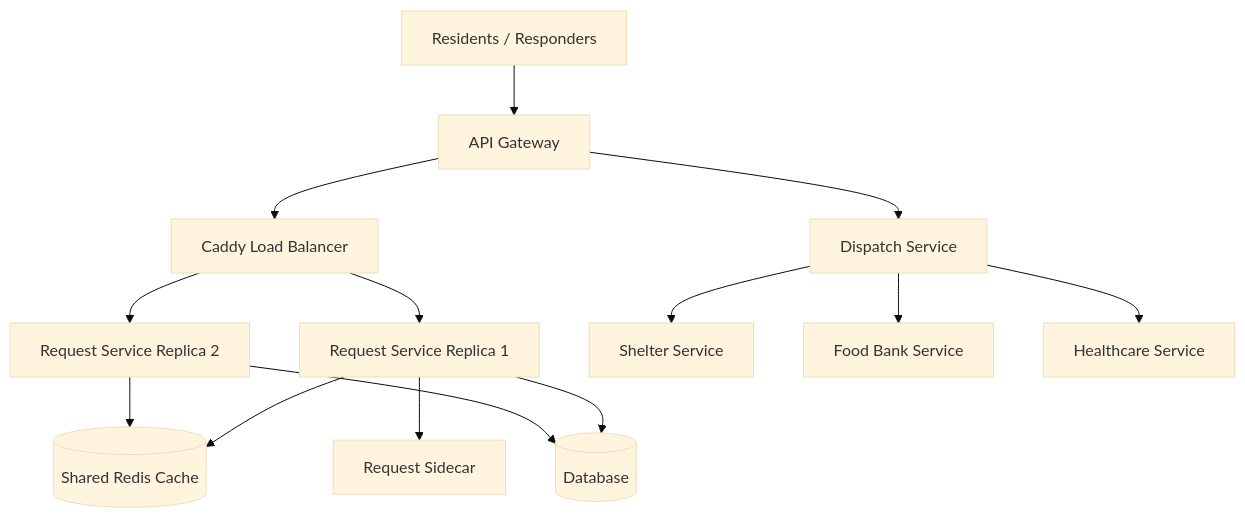
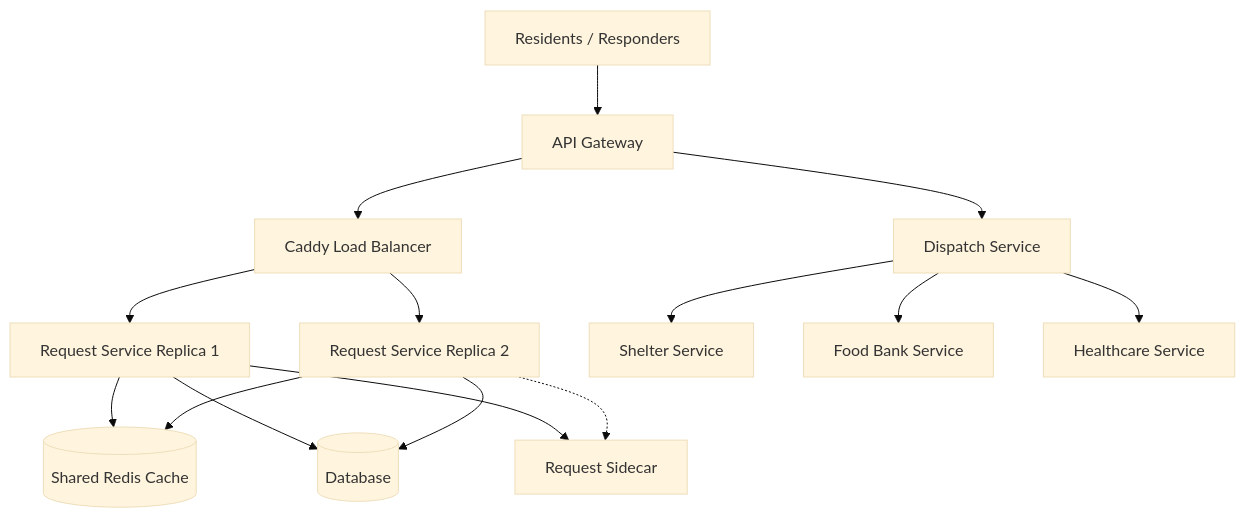
The second of 2 diagrams in docs/SERVICES.md (cs-426-team10/426-project-team-10), drawn with Mermaid (base theme) before and after one commit.

Commit message:
Tweaked association between request-sidecar and request service replica 2

````diff
--- a/docs/SERVICES.md
+++ b/docs/SERVICES.md
@@ -162,35 +162,36 @@
 ```mermaid
 flowchart TD
 
     Client[Residents / Responders]
 
     Client --> Gateway[API Gateway]
 
 
     Gateway --> Caddy[Caddy Load Balancer]
 
 
     Caddy --> Request1[Request Service Replica 1]
     Caddy --> Request2[Request Service Replica 2]
 
     Redis[(Shared Redis Cache)]
 
     Request1 --> Redis
     Request2 --> Redis
 
 
     Request1 --> Database[(Database)]
     Request2 --> Database
 
 
     Gateway --> Dispatch[Dispatch Service]
 
     Dispatch --> Shelter[Shelter Service]
 
     Dispatch --> FoodBank[Food Bank Service]
 
     Dispatch --> Healthcare[Healthcare Service]
 
 
     Request1 --> Sidecar[Request Sidecar]
+    Request2 -.-> Sidecar
 ```
````
